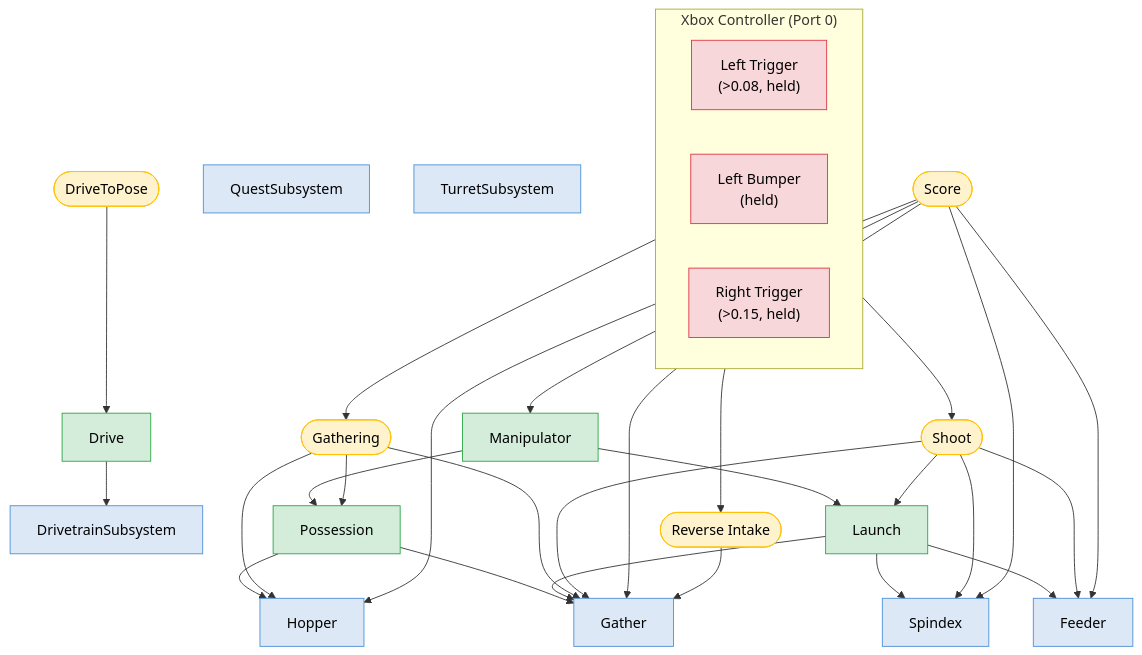
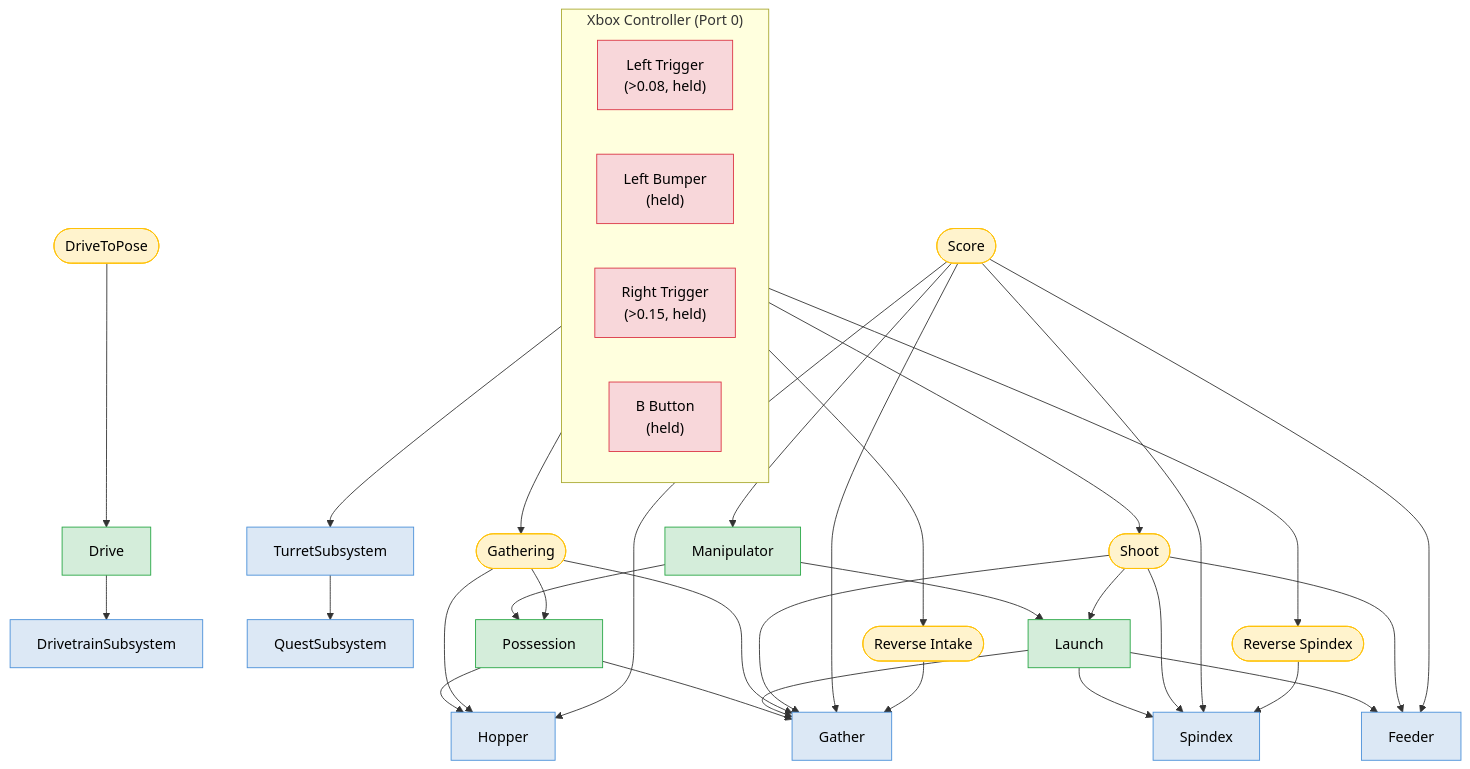
One commit to Team801Horsepower/robot-code-2026 changed the diagram in hierarchy.mmd. Above: the diagram before and after it, drawn with Mermaid.

Commit message:
Updated hierarchy diagram

```diff
--- a/hierarchy.mmd
+++ b/hierarchy.mmd
@@ -1,73 +1,79 @@
 %%{init: {"theme": "default"}}%%
 graph TD
 
   subgraph Ctrl ["Xbox Controller (Port 0)"]
     direction LR
     LT["Left Trigger\n(>0.08, held)"]
     LB["Left Bumper\n(held)"]
     RT["Right Trigger\n(>0.15, held)"]
+    B["B Button\n(held)"]
   end
 
   %% ── Leaf Subsystems ───────────────────────────────────────────
   DT[DrivetrainSubsystem]
   QN[QuestSubsystem]
   Gather[Gather]
   Hopper[Hopper]
   Spindex[Spindex]
   Feeder[Feeder]
   Turret[TurretSubsystem]
 
   %% ── Composite Subsystems ──────────────────────────────────────
   Drive[Drive]
   Possession[Possession]
   Launch[Launch]
   Manipulator[Manipulator]
 
   %% ── Commands ──────────────────────────────────────────────────
   DriveToPose([DriveToPose])
   Gathering([Gathering])
   Shoot([Shoot])
   Score([Score])
   ReverseIntake([Reverse Intake])
+  ReverseSpindex([Reverse Spindex])
 
   %% ── Button → Command ──────────────────────────────────────────
   LT --> Gathering
   LB --> ReverseIntake
   RT --> Shoot
+  RT --> Turret
+  B --> ReverseSpindex
 
   %% ── Composite → Leaf composition ─────────────────────────────
   Drive --> DT
   Possession --> Hopper
   Possession --> Gather
   Launch --> Spindex
   Launch --> Feeder
   Launch --> Gather
   Manipulator --> Possession
   Manipulator --> Launch
+  Turret --> QN
 
   %% ── Commands → Subsystem requirements ────────────────────────
   DriveToPose --> Drive
   Gathering --> Possession
   Gathering --> Gather
   Gathering --> Hopper
   Shoot --> Launch
   Shoot --> Gather
   Shoot --> Spindex
   Shoot --> Feeder
   Score --> Manipulator
   Score --> Gather
   Score --> Hopper
   Score --> Spindex
   Score --> Feeder
   ReverseIntake --> Gather
+  ReverseSpindex --> Spindex
 
   %% ── Styling ───────────────────────────────────────────────────
   classDef leaf      fill:#dce8f5,stroke:#4a90d9,color:#000;
   classDef composite fill:#d4edda,stroke:#28a745,color:#000;
   classDef command   fill:#fff3cd,stroke:#ffc107,color:#000;
   classDef button    fill:#f8d7da,stroke:#dc3545,color:#000;
 
   class DT,QN,Gather,Hopper,Spindex,Feeder,Turret leaf;
   class Drive,Possession,Launch,Manipulator composite;
-  class DriveToPose,Gathering,Shoot,Score,ReverseIntake command;
-  class LT,LB,RT button;
+  class DriveToPose,Gathering,Shoot,Score,ReverseIntake,ReverseSpindex command;
+  class LT,LB,RT,B button;
```
